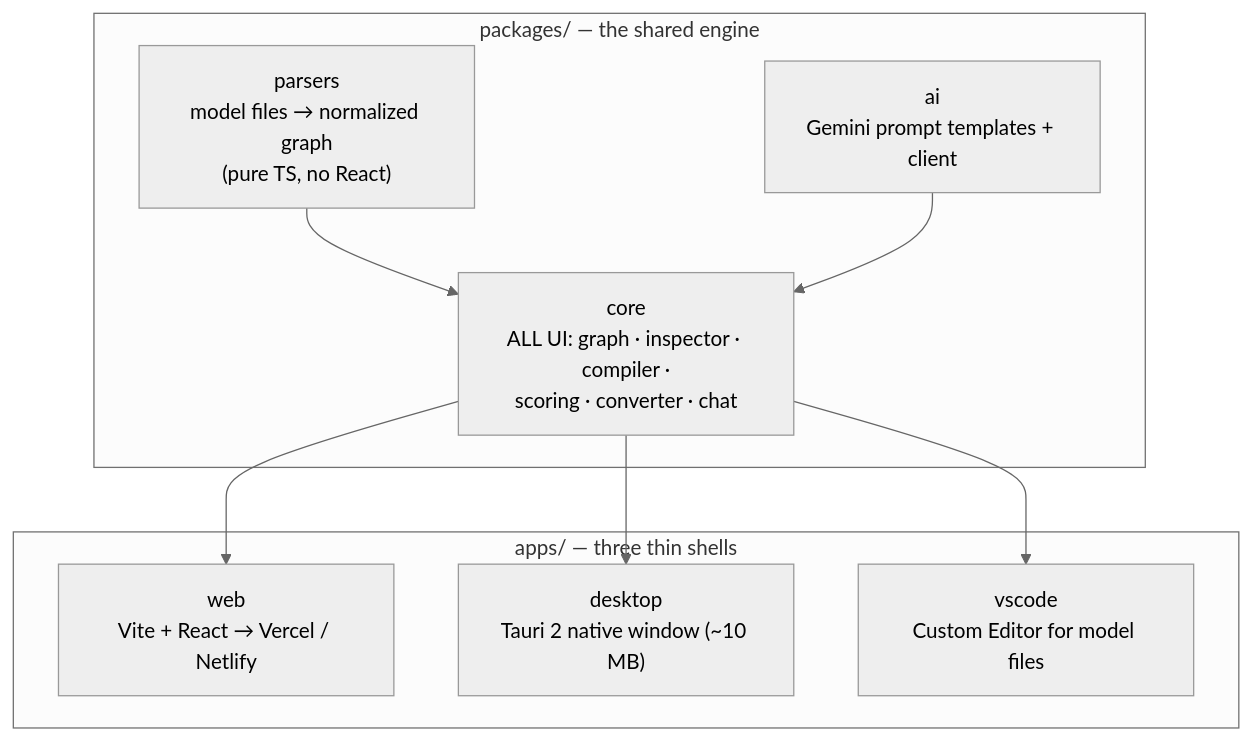
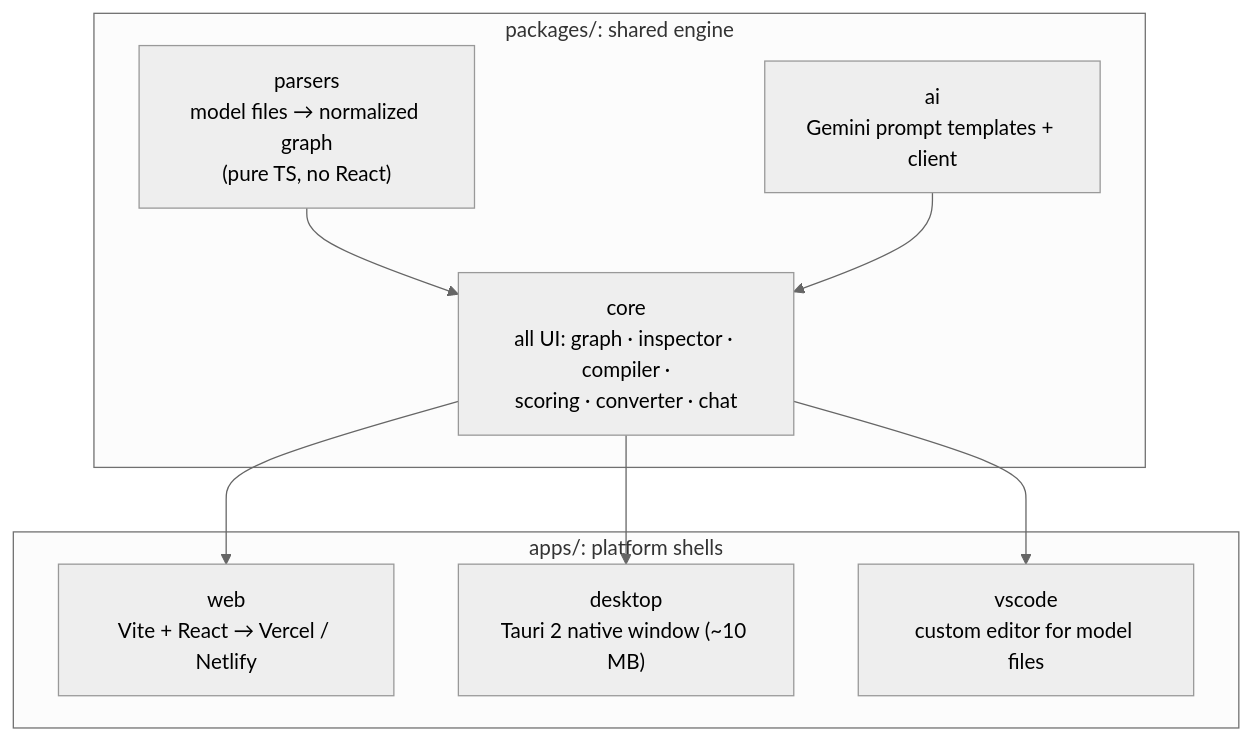
Before and after one commit to Premchand006/ModelVisio: the first of 4 diagrams in README.md, drawn with Mermaid (neutral theme). The commit also changed other lines of this file and 317 other files, not shown here.

````diff
--- a/README.md
+++ b/README.md
@@ -63,18 +82,18 @@
 ```mermaid
 flowchart TB
-  subgraph ENGINE["packages/ — the shared engine"]
+  subgraph ENGINE["packages/: shared engine"]
     parsers["parsers<br/>model files → normalized graph<br/>(pure TS, no React)"]
-    core["core<br/>ALL UI: graph · inspector · compiler ·<br/>scoring · converter · chat"]
+    core["core<br/>all UI: graph · inspector · compiler ·<br/>scoring · converter · chat"]
     ai["ai<br/>Gemini prompt templates + client"]
   end
-  subgraph SHELLS["apps/ — three thin shells"]
+  subgraph SHELLS["apps/: platform shells"]
     web["web<br/>Vite + React → Vercel / Netlify"]
     desktop["desktop<br/>Tauri 2 native window (~10 MB)"]
-    vscode["vscode<br/>Custom Editor for model files"]
+    vscode["vscode<br/>custom editor for model files"]
   end
   parsers --> core
   ai --> core
   core --> web
   core --> desktop
   core --> vscode
 ```
````
